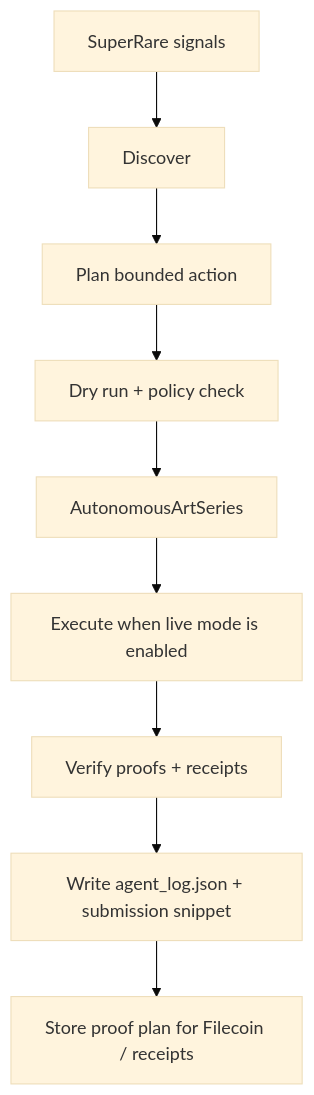
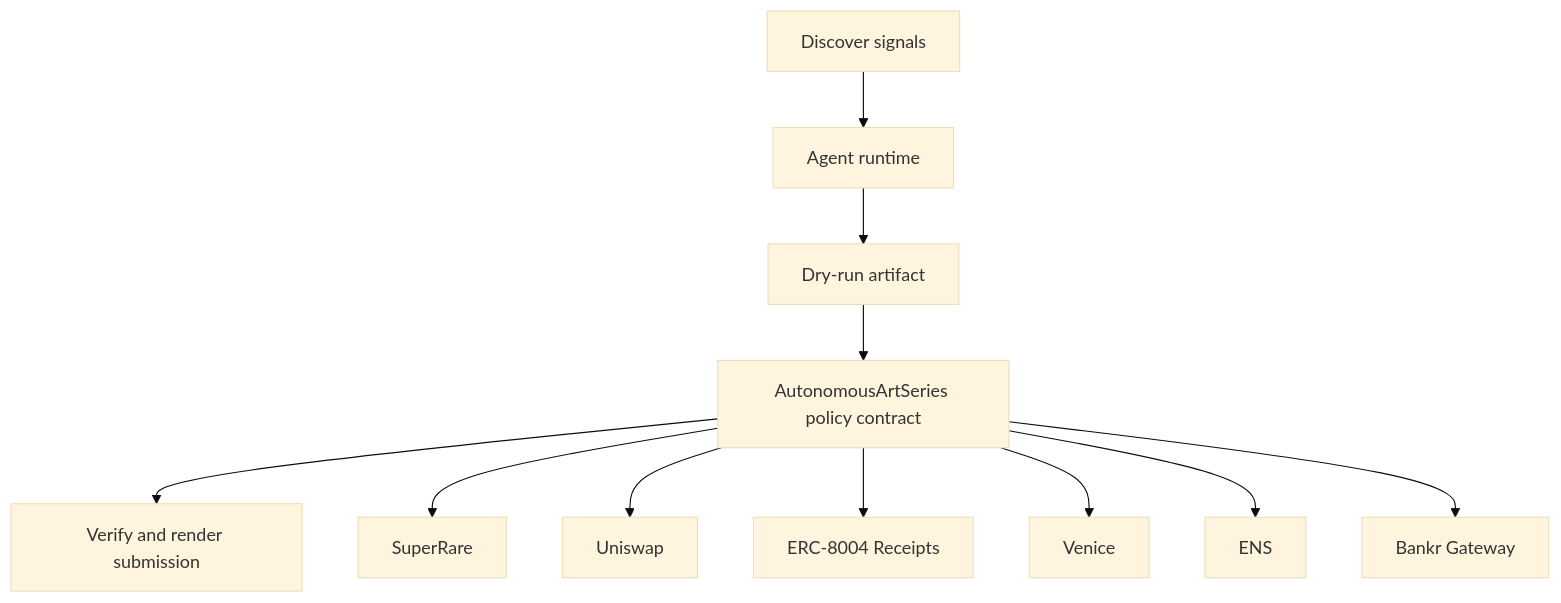
One commit to CrystallineButterfly/Synthesis-SuperRare changed the diagram in docs/architecture.mmd. Above: the diagram before and after it, drawn with Mermaid (base theme). The commit also changed 998 other files, not shown here.

Commit message:
Implement bounded agent runtime

```diff
--- a/docs/architecture.mmd
+++ b/docs/architecture.mmd
@@ -1,9 +1,13 @@
 flowchart TD
-    Signals[SuperRare signals] --> Discover[Discover]
-    Discover --> Plan[Plan bounded action]
-    Plan --> DryRun[Dry run + policy check]
-    DryRun --> Guard[AutonomousArtSeries]
-    Guard --> Execute[Execute when live mode is enabled]
-    Execute --> Verify[Verify proofs + receipts]
-    Verify --> Persist[Write agent_log.json + submission snippet]
-    Persist --> Storage[Store proof plan for Filecoin / receipts]
+    Signals[Discover signals]
+    Planner[Agent runtime]
+    DryRun[Dry-run artifact]
+    Contract[AutonomousArtSeries policy contract]
+    Verify[Verify and render submission]
+    Signals --> Planner --> DryRun --> Contract --> Verify
+    Contract --> superrare[SuperRare]
+    Contract --> uniswap[Uniswap]
+    Contract --> erc_8004_receipts[ERC-8004 Receipts]
+    Contract --> venice[Venice]
+    Contract --> ens[ENS]
+    Contract --> bankr_gateway[Bankr Gateway]
```
